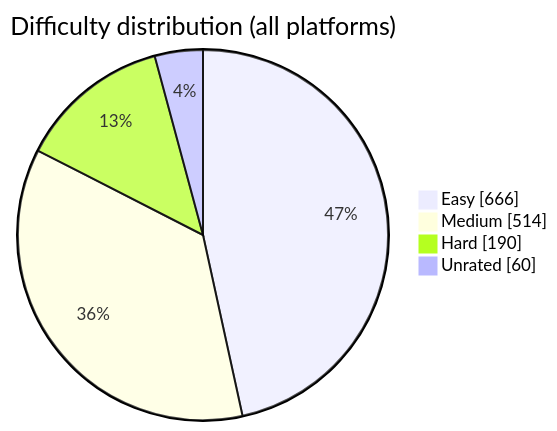
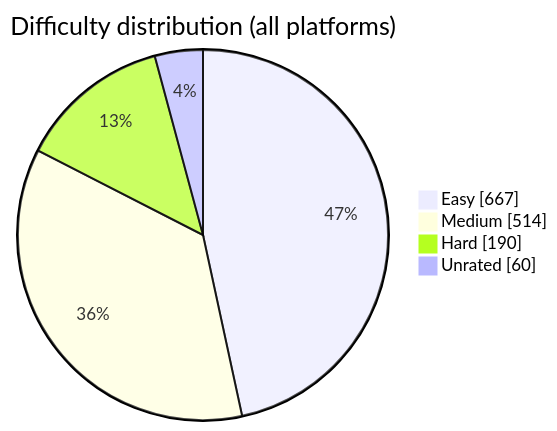
The diagram in README.md (BuildbyArindam/Daily-Coding-Log), drawn with Mermaid before and after one commit. The commit also changed other lines of this file, not shown here.

````diff
--- a/README.md
+++ b/README.md
@@ -93,7 +93,7 @@
 ```mermaid
 pie showData title Difficulty distribution (all platforms)
-    "Easy" : 666
+    "Easy" : 667
     "Medium" : 514
     "Hard" : 190
     "Unrated" : 60
 ```
````
